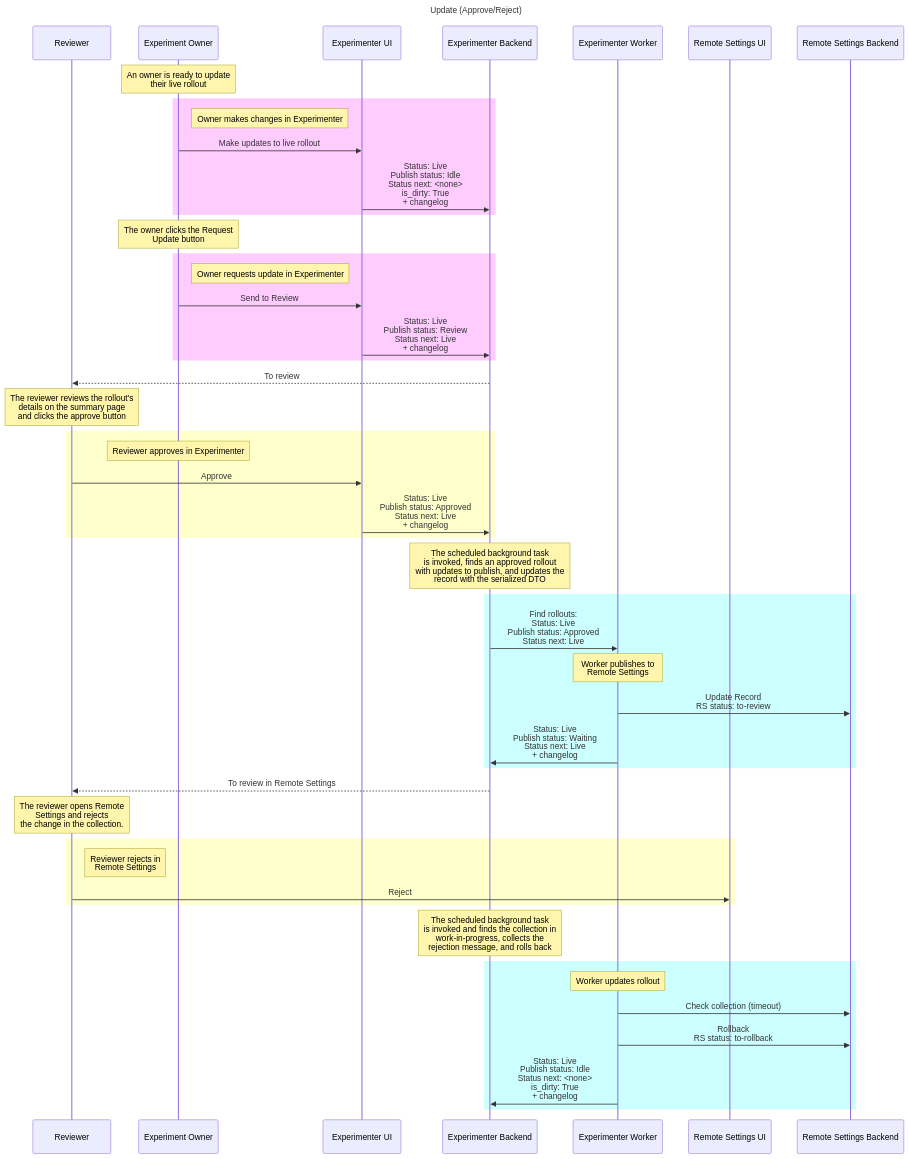
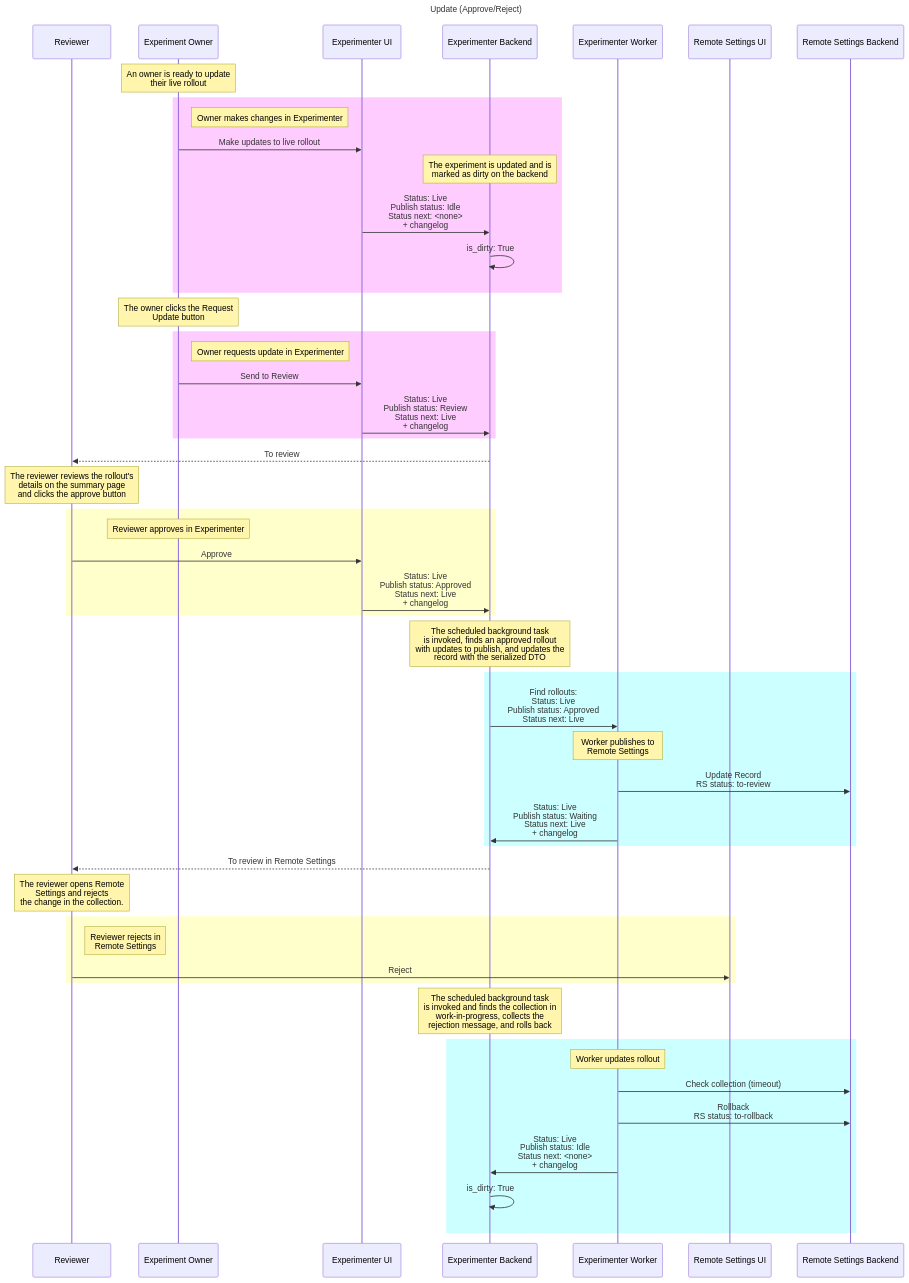
Before and after one commit to mozilla/experimenter: the tenth of 22 diagrams in docs/experimenter/README.md, drawn with Mermaid. The commit also changed other lines of this file, not shown here.

Commit message:
For #8559 docs(nimbus): Separate is_dirty to show that it is set on the backend

````diff
--- a/docs/experimenter/README.md
+++ b/docs/experimenter/README.md
@@ -568,65 +573,68 @@
 ```mermaid
   sequenceDiagram
     participant Reviewer
     participant Experiment Owner
     participant Experimenter UI
     participant Experimenter Backend
     participant Experimenter Worker
     participant Remote Settings UI
     participant Remote Settings Backend
     title Update (Approve/Reject)
     
     Note over Experiment Owner: An owner is ready to update <br/> their live rollout
     
     rect rgb(255,204,255) 
         Note right of Experiment Owner: Owner makes changes in Experimenter
         Experiment Owner->>Experimenter UI: Make updates to live rollout
-        Experimenter UI->>Experimenter Backend: Status: Live <br/> Publish status: Idle <br/> Status next: <none> <br/> is_dirty: True <br/> + changelog
+        Note over Experimenter Backend: The experiment is updated and is <br/> marked as dirty on the backend
+        Experimenter UI->>Experimenter Backend: Status: Live <br/> Publish status: Idle <br/> Status next: <none>  <br/> + changelog
+        Experimenter Backend->>Experimenter Backend: is_dirty: True 
     end 
 
     Note over Experiment Owner: The owner clicks the Request <br/> Update button
     
     rect rgb(255,204,255) 
         Note right of Experiment Owner: Owner requests update in Experimenter
         Experiment Owner->>Experimenter UI: Send to Review
         Experimenter UI->>Experimenter Backend: Status: Live <br/> Publish status: Review <br/> Status next: Live <br/> + changelog
     end 
     
     Experimenter Backend-->>Reviewer: To review
     Note over Reviewer: The reviewer reviews the rollout's <br/> details on the summary page <br/> and clicks the approve button
     
 
     rect rgb(255,255,204) 
         Note over Experiment Owner: Reviewer approves in Experimenter
         Reviewer->>Experimenter UI: Approve
         Experimenter UI->>Experimenter Backend: Status: Live <br/> Publish status: Approved <br/> Status next: Live <br/> + changelog
     end 
  
     Note over Experimenter Backend: The scheduled background task <br/> is invoked, finds an approved rollout <br/> with updates to publish, and updates the <br/> record with the serialized DTO
     
     rect rgb(204,255,255) 
         Experimenter Backend->>Experimenter Worker: Find rollouts: <br/> Status: Live <br/> Publish status: Approved <br/> Status next: Live
         Note over Experimenter Worker: Worker publishes to <br/>Remote Settings
         Experimenter Worker->>Remote Settings Backend: Update Record <br/> RS status: to-review
         Experimenter Worker->>Experimenter Backend: Status: Live <br/> Publish status: Waiting <br/> Status next: Live <br/> + changelog
     end 
 
     Experimenter Backend-->>Reviewer: To review in Remote Settings
     
     Note over Reviewer: The reviewer opens Remote <br/> Settings and rejects <br/> the change in the collection.
 
     rect rgb(255,255,204) 
         Note right of Reviewer: Reviewer rejects in <br/>Remote Settings
         Reviewer->>Remote Settings UI: Reject
     end 
 
     Note over Experimenter Backend: The scheduled background task <br/> is invoked and finds the collection in <br/> work-in-progress, collects the <br/> rejection message, and rolls back
 
 
     rect rgb(204,255,255) 
         Note over Experimenter Worker: Worker updates rollout
         Experimenter Worker->>Remote Settings Backend: Check collection (timeout)
         Experimenter Worker->>Remote Settings Backend: Rollback <br/> RS status: to-rollback
-        Experimenter Worker->>Experimenter Backend:  Status: Live <br/> Publish status: Idle <br/> Status next: <none> <br/> is_dirty: True <br/> + changelog
+        Experimenter Worker->>Experimenter Backend:  Status: Live <br/> Publish status: Idle <br/> Status next: <none> <br/> + changelog
+        Experimenter Backend->>Experimenter Backend: is_dirty: True 
     end 
 ```
````
